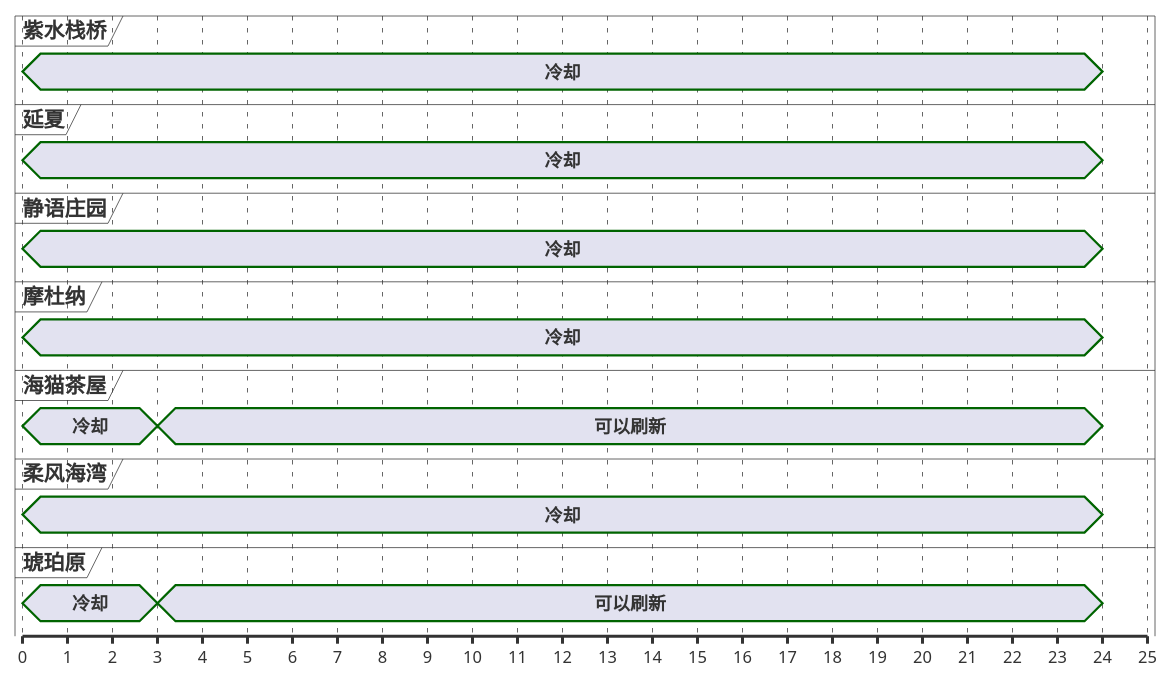
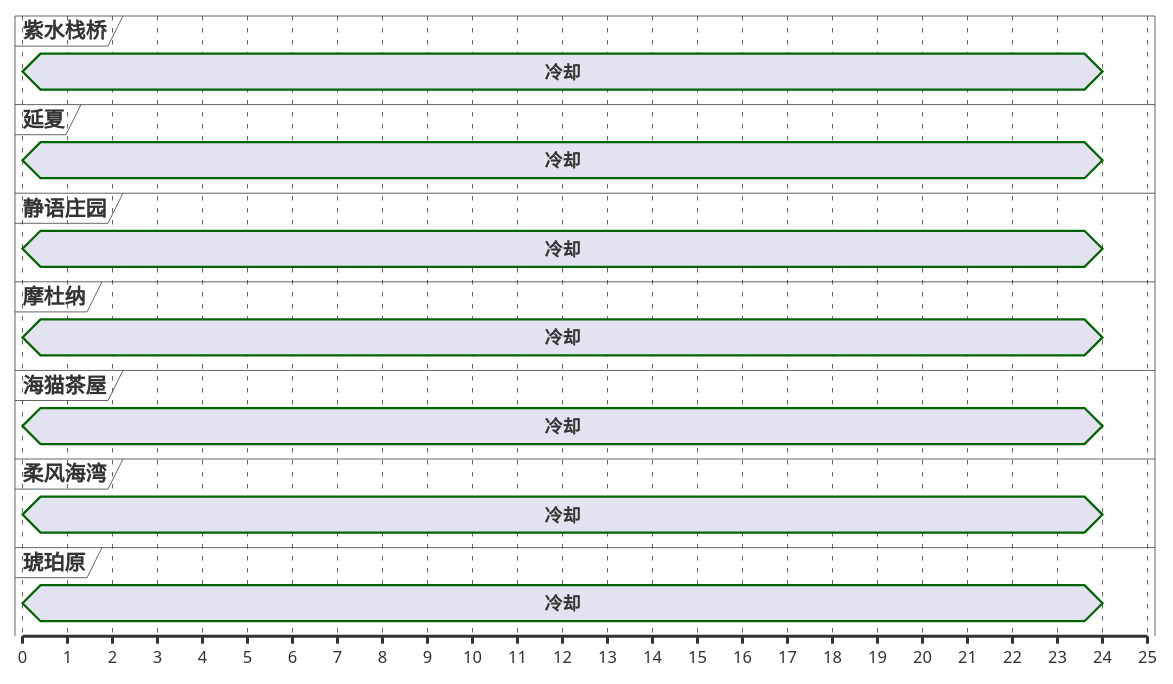
One commit to Eroleice/doc-pi changed the third of 13 diagrams in ffxiv/hunt/2.0/Croakadile.md. Above: the diagram before and after it, drawn with PlantUML. The commit also changed other lines of this file and 38 other files, not shown here.

````diff
--- a/ffxiv/hunt/2.0/Croakadile.md
+++ b/ffxiv/hunt/2.0/Croakadile.md
@@ -137,46 +133,42 @@
 ```plantuml
 @startuml
 scale 1 as 30 pixels
 
 concise 紫水栈桥
 concise 延夏
 concise 静语庄园
 concise 摩杜纳
 concise 海猫茶屋
 concise 柔风海湾
 concise 琥珀原
 
-@琥珀原
-0 is 冷却
-3 is 可以刷新
-3 is 强制刷新
-24 is {hidden}
-
-@海猫茶屋
-0 is 冷却
-3 is 可以刷新
-3 is 强制刷新
-24 is {hidden}
-
 @延夏
 0 is 冷却
 24 is {hidden}
 
 @静语庄园
 0 is 冷却
 24 is {hidden}
 
+@琥珀原
+0 is 冷却
+24 is {hidden}
+
 @紫水栈桥
+0 is 冷却
+24 is {hidden}
+
+@海猫茶屋
 0 is 冷却
 24 is {hidden}
 
 @柔风海湾
 0 is 冷却
 24 is {hidden}
 
 @摩杜纳
 0 is 冷却
 24 is {hidden}
 
 @enduml
 ```
````
